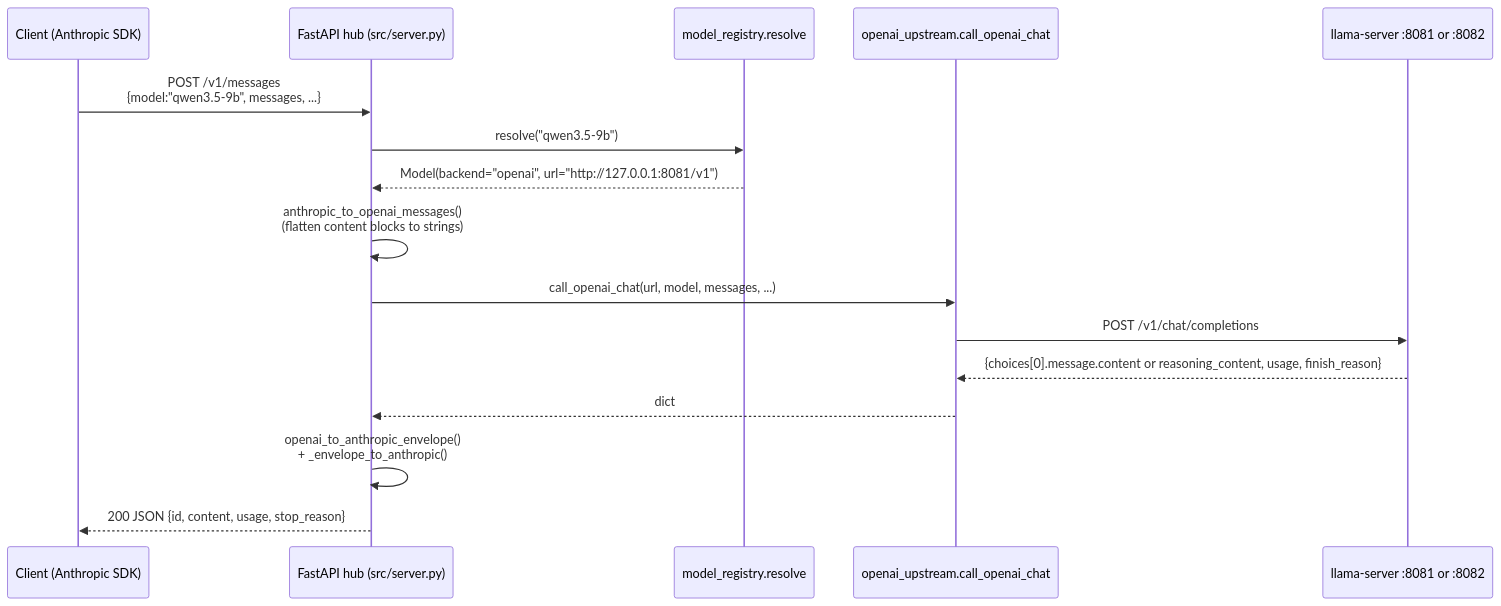
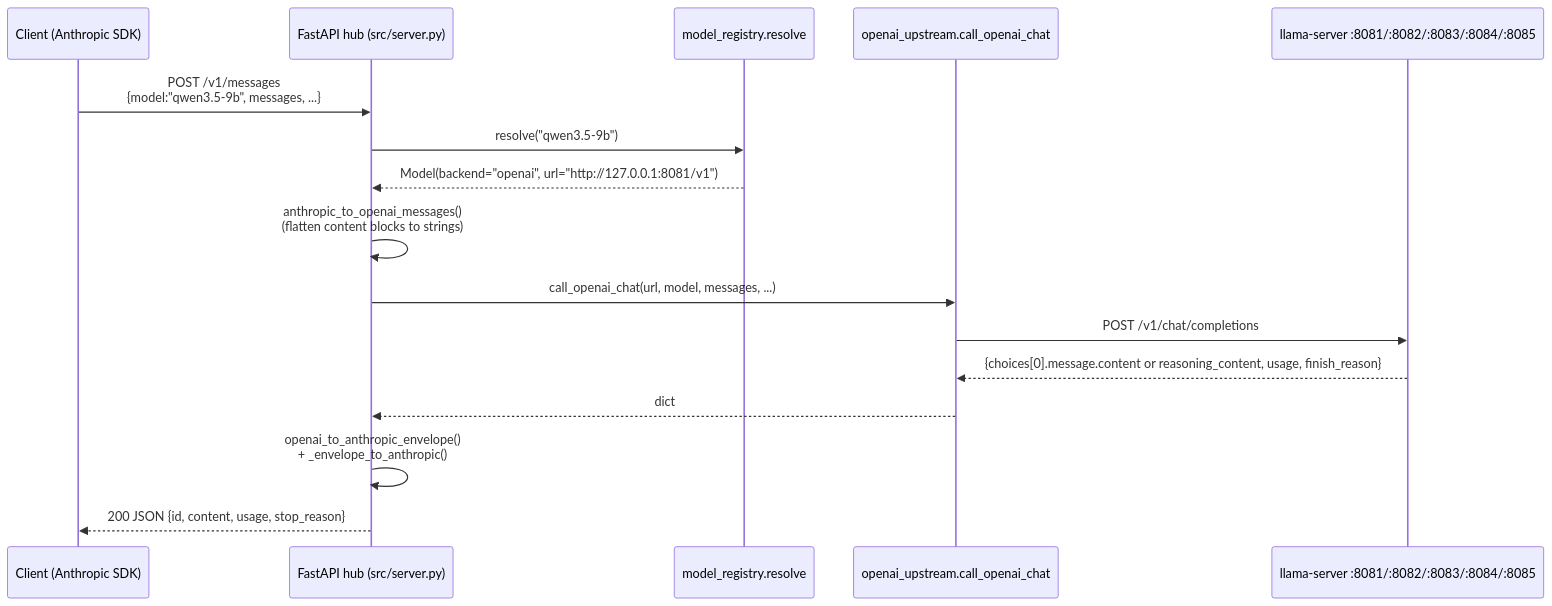
Before and after one commit to ferraroroberto/local-llm-hub: the fourth of 4 diagrams in docs/project-structure.md, drawn with Mermaid. The commit also changed other lines of this file and 13 other files, not shown here.

````diff
--- a/docs/project-structure.md
+++ b/docs/project-structure.md
@@ -203,19 +219,19 @@
 ```mermaid
 sequenceDiagram
     participant C as Client (Anthropic SDK)
     participant F as FastAPI hub (src/server.py)
     participant R as model_registry.resolve
     participant U as openai_upstream.call_openai_chat
-    participant L as llama-server :8081 or :8082
+    participant L as llama-server :8081/:8082/:8083/:8084/:8085
 
     C->>F: POST /v1/messages<br/>{model:"qwen3.5-9b", messages, ...}
     F->>R: resolve("qwen3.5-9b")
     R-->>F: Model(backend="openai", url="http://127.0.0.1:8081/v1")
     F->>F: anthropic_to_openai_messages()<br/>(flatten content blocks to strings)
     F->>U: call_openai_chat(url, model, messages, ...)
     U->>L: POST /v1/chat/completions
     L-->>U: {choices[0].message.content or reasoning_content, usage, finish_reason}
     U-->>F: dict
     F->>F: openai_to_anthropic_envelope()<br/>+ _envelope_to_anthropic()
     F-->>C: 200 JSON {id, content, usage, stop_reason}
 ```
````
